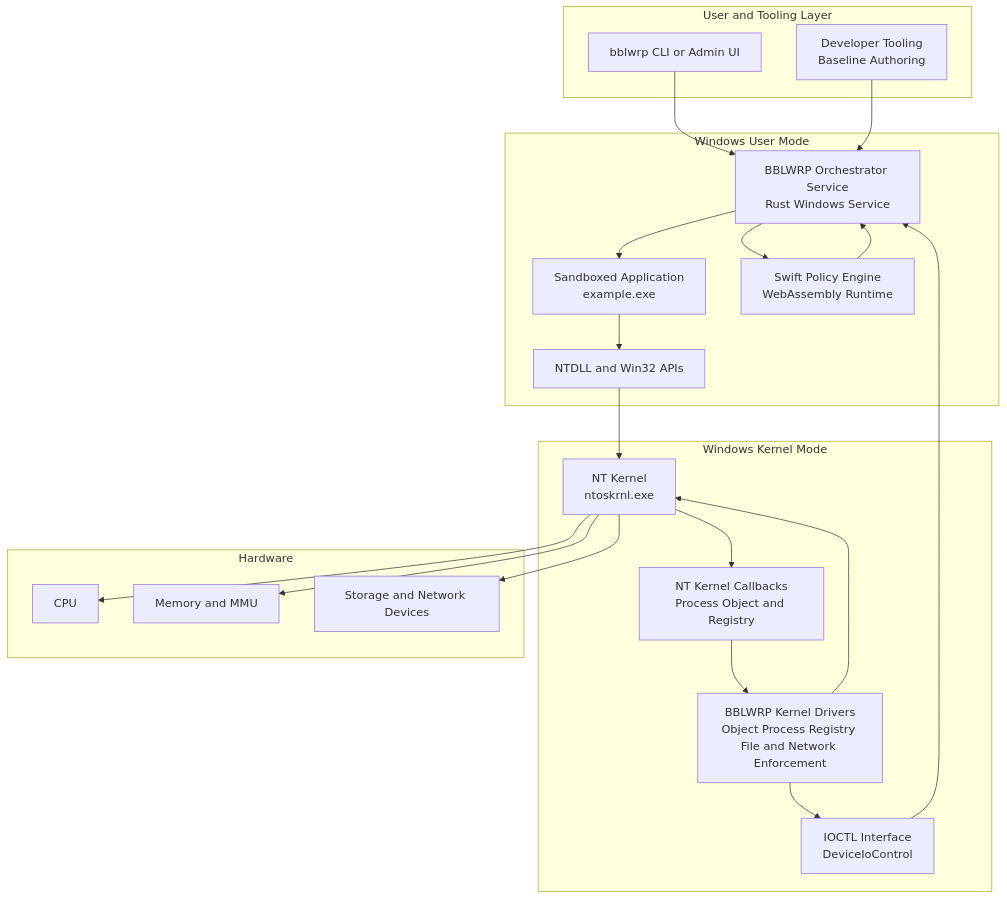
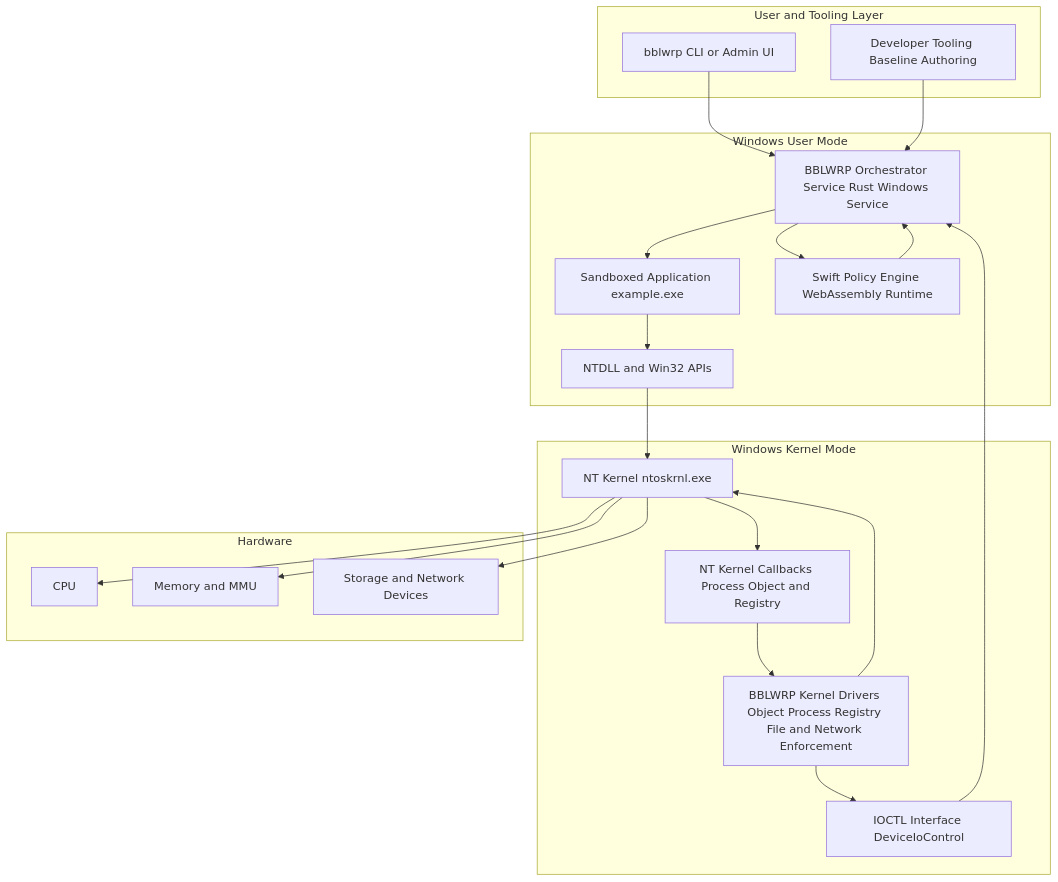
The second of 2 diagrams in README.md (DesignsbyBlanc/bblwrp), drawn with Mermaid before and after one commit. The commit also changed other lines of this file, not shown here.

Commit message:
Update README.md added nt architecture imag

````diff
--- a/README.md
+++ b/README.md
@@ -184,72 +184,72 @@
 ```mermaid
 flowchart TB
 
     %% =========================
     %% User / Tooling Layer
     %% =========================
     subgraph USER["User and Tooling Layer"]
         CLI["bblwrp CLI or Admin UI"]
-        DEV["Developer Tooling\nBaseline Authoring"]
+        DEV["Developer Tooling Baseline Authoring"]
     end
 
     %% =========================
     %% Windows User Mode
     %% =========================
     subgraph USERMODE["Windows User Mode"]
-        APP["Sandboxed Application\nexample.exe"]
+        APP["Sandboxed Application example.exe"]
 
-        SERVICE["BBLWRP Orchestrator Service\nRust Windows Service"]
-        WASM["Swift Policy Engine\nWebAssembly Runtime"]
+        SERVICE["BBLWRP Orchestrator Service Rust Windows Service"]
+        WASM["Swift Policy Engine WebAssembly Runtime"]
 
         NTAPI["NTDLL and Win32 APIs"]
     end
 
     %% =========================
     %% Windows Kernel Mode
     %% =========================
     subgraph KERNEL["Windows Kernel Mode"]
-        NTKERNEL["NT Kernel\nntoskrnl.exe"]
+        NTKERNEL["NT Kernel ntoskrnl.exe"]
 
-        CALLBACKS["NT Kernel Callbacks\nProcess Object and Registry"]
+        CALLBACKS["NT Kernel Callbacks Process Object and Registry"]
 
-        FILTERS["BBLWRP Kernel Drivers\nObject Process Registry File and Network Enforcement"]
+        FILTERS["BBLWRP Kernel Drivers Object Process Registry File and Network Enforcement"]
 
-        IOCTL["IOCTL Interface\nDeviceIoControl"]
+        IOCTL["IOCTL Interface DeviceIoControl"]
     end
 
     %% =========================
     %% Hardware
     %% =========================
     subgraph HW["Hardware"]
         CPU["CPU"]
         MEM["Memory and MMU"]
         IO["Storage and Network Devices"]
     end
 
     %% =========================
     %% Flows
     %% =========================
 
     CLI --> SERVICE
     DEV --> SERVICE
 
     APP --> NTAPI
     NTAPI --> NTKERNEL
 
     NTKERNEL --> CALLBACKS
     CALLBACKS --> FILTERS
 
     FILTERS --> NTKERNEL
 
     FILTERS --> IOCTL
     IOCTL --> SERVICE
 
     SERVICE --> WASM
     WASM --> SERVICE
 
     SERVICE --> APP
 
     NTKERNEL --> CPU
     NTKERNEL --> MEM
     NTKERNEL --> IO
 ```
````
